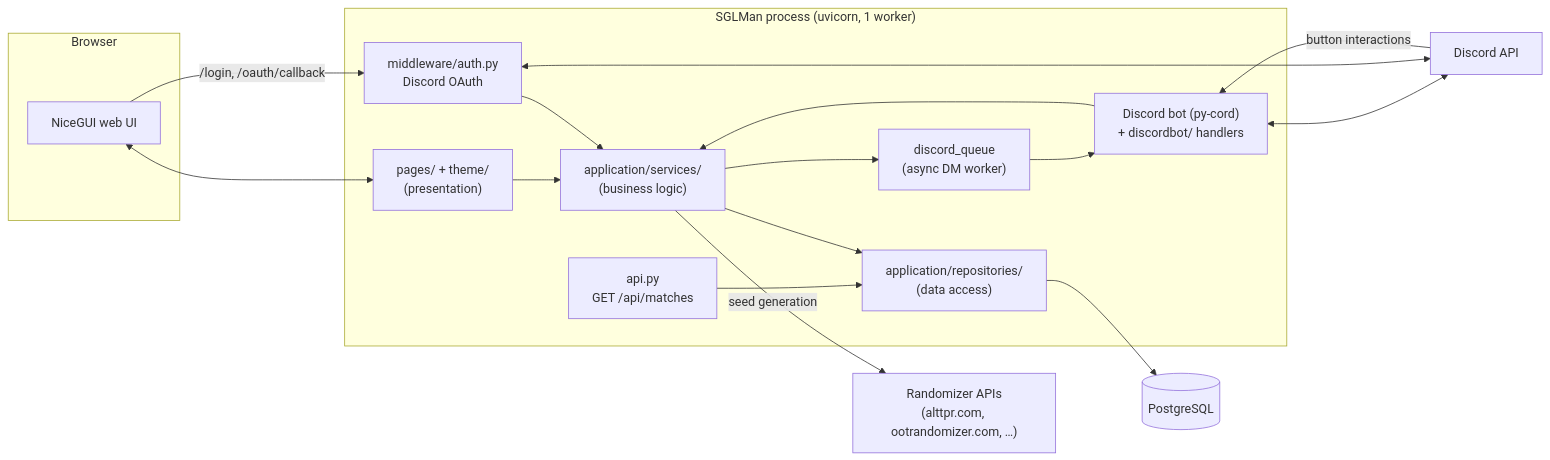
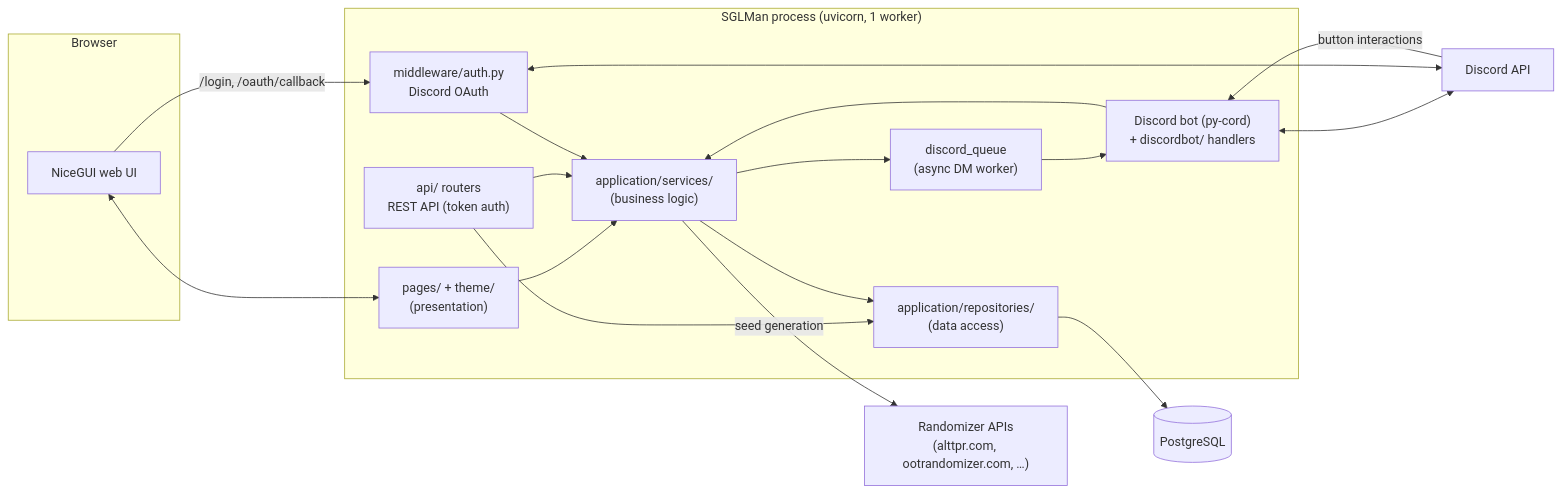
One commit to tcprescott/sglman changed the diagram in docs/architecture.md. Above: the diagram before and after it, drawn with Mermaid. The commit also changed other lines of this file and 8 other files, not shown here.

````diff
--- a/docs/architecture.md
+++ b/docs/architecture.md
@@ -67,33 +67,34 @@
 ```mermaid
 flowchart LR
     subgraph Browser
         UI[NiceGUI web UI]
     end
     subgraph "SGLMan process (uvicorn, 1 worker)"
         FE["pages/ + theme/<br/>(presentation)"]
         SVC["application/services/<br/>(business logic)"]
         REPO["application/repositories/<br/>(data access)"]
-        API["api.py<br/>GET /api/matches"]
+        API["api/ routers<br/>REST API (token auth)"]
         AUTH["middleware/auth.py<br/>Discord OAuth"]
         BOT["Discord bot (py-cord)<br/>+ discordbot/ handlers"]
         Q["discord_queue<br/>(async DM worker)"]
     end
     PG[(PostgreSQL)]
     DISCORD[Discord API]
     SEED["Randomizer APIs<br/>(alttpr.com, ootrandomizer.com, …)"]
 
     UI <--> FE
     UI -->|/login, /oauth/callback| AUTH
     FE --> SVC
+    API --> SVC
     API --> REPO
     AUTH --> SVC
     SVC --> REPO
     REPO --> PG
     SVC --> Q
     Q --> BOT
     BOT <--> DISCORD
     AUTH <--> DISCORD
     SVC -->|seed generation| SEED
     DISCORD -->|button interactions| BOT
     BOT --> SVC
 ```
````
